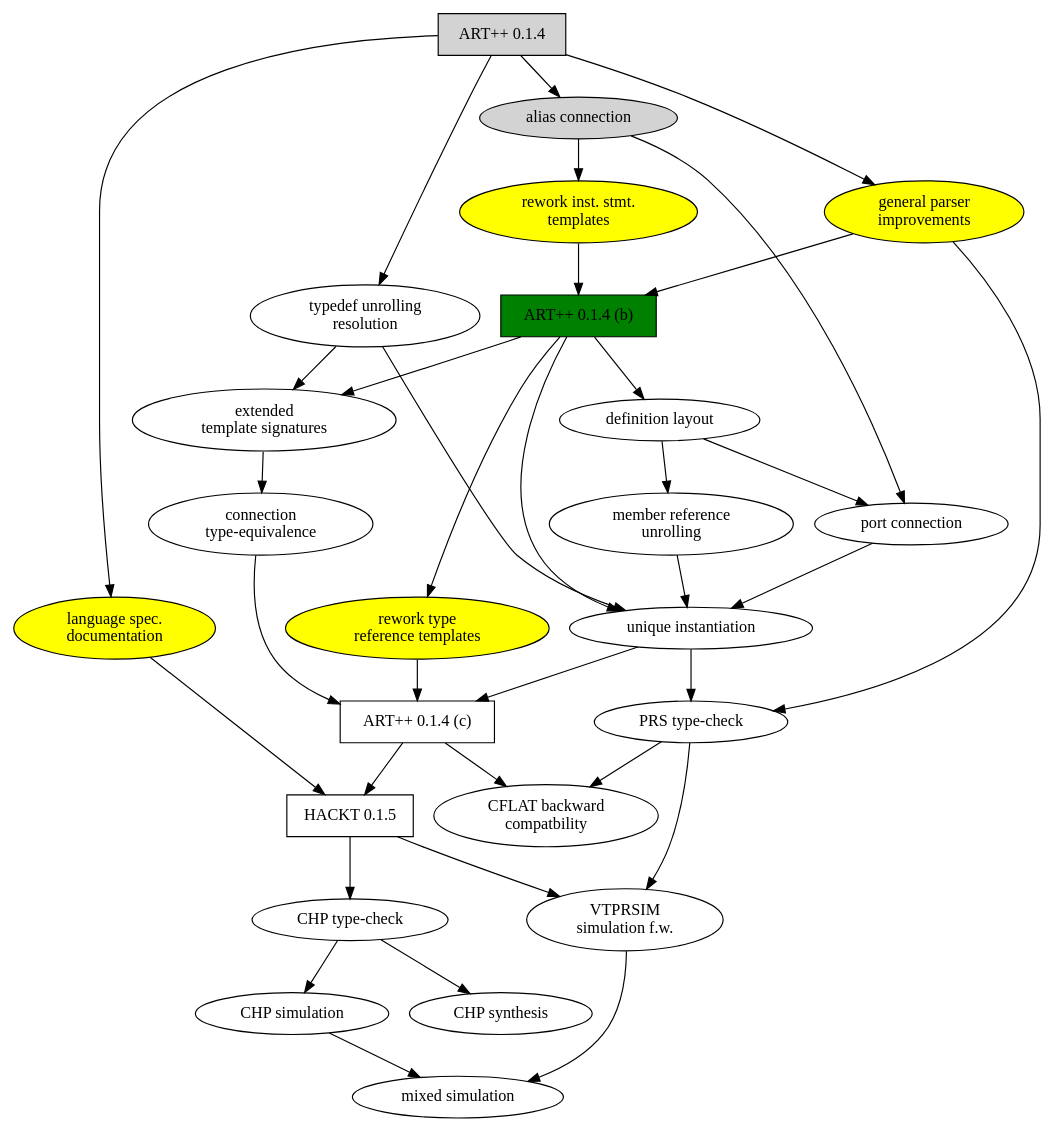
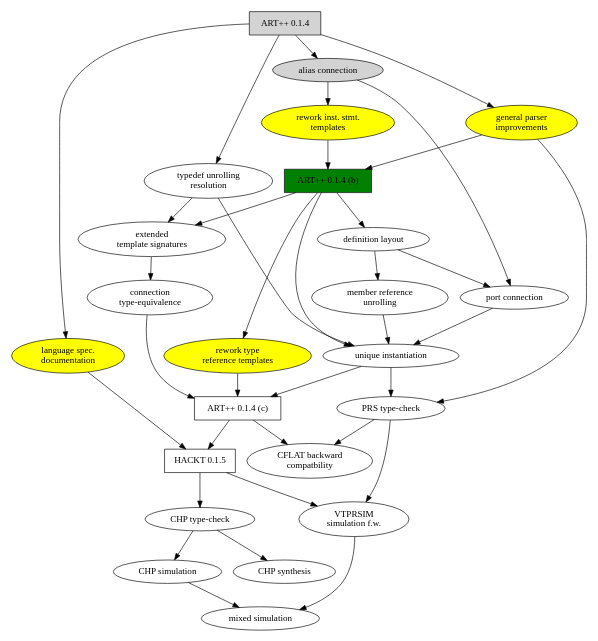
Before and after one commit to fangism/hackt: the diagram in DevelopmentPlan.dot, drawn with Graphviz.

Commit message:
drawing size, doh!

```diff
--- a/DevelopmentPlan.dot
+++ b/DevelopmentPlan.dot
@@ -1,74 +1,75 @@
 # "DevelopmentPlan.dot"
 
 digraph G {
+size="7,10";
 
 ARTXX_00_01_04		[shape=box, style=filled, label="ART++ 0.1.4"];
 ARTXX_00_01_04_b	[shape=box, style=filled, fillcolor=green, 
 				label="ART++ 0.1.4 (b)"];
 ARTXX_00_01_04_c	[shape=box, label="ART++ 0.1.4 (c)"];
 ARTXX_00_01_05		[shape=box, label="HACKT 0.1.5"];
 
 DOCS_00_01_04		[shape=ellipse, style=filled, fillcolor=yellow, 
 				label="language spec.\ndocumentation"];
 PARSER_00_01_04		[shape=ellipse, style=filled, fillcolor=yellow,
 				label="general parser\nimprovements"];
 UNIQUE_00_01_04		[shape=ellipse, label="unique instantiation"];
 ALIAS_00_01_04		[shape=ellipse, style=filled, label="alias connection"];
 PORT_00_01_04		[shape=ellipse, label="port connection"];
 MEMBER_00_01_04		[shape=ellipse, label="member reference\nunrolling"];
 TYPEDEF_00_01_04	[shape=ellipse, label="typedef unrolling\nresolution"];
 DEFLAYOUT_00_01_04	[shape=ellipse, label="definition layout"];
 INSTSTMT_00_01_04	[shape=ellipse, style=filled, fillcolor=yellow,
 				label="rework inst. stmt.\ntemplates"];
 TYPEREF_00_01_04	[shape=ellipse, style=filled, fillcolor=yellow,
 				label="rework type\nreference templates"];
 EXTTEMPLATE_00_01_04	[shape=ellipse, label="extended\ntemplate signatures"];
 CONNECTEQ_00_01_04	[shape=ellipse, label="connection\ntype-equivalence"];
 CFLAT_00_01_04		[shape=ellipse, label="CFLAT backward\ncompatbility"];
 PRS_00_01_04		[shape=ellipse, label="PRS type-check"];
 
 ARTXX_00_01_04 -> DOCS_00_01_04;
 ARTXX_00_01_04 -> PARSER_00_01_04;
 ARTXX_00_01_04 -> ALIAS_00_01_04;
 PARSER_00_01_04 -> ARTXX_00_01_04_b;
 ALIAS_00_01_04 -> PORT_00_01_04;
 PORT_00_01_04 -> UNIQUE_00_01_04;
 MEMBER_00_01_04 -> UNIQUE_00_01_04;
 UNIQUE_00_01_04 -> ARTXX_00_01_04_c;
 ARTXX_00_01_04_b -> DEFLAYOUT_00_01_04;
 EXTTEMPLATE_00_01_04 -> CONNECTEQ_00_01_04;
 ARTXX_00_01_04 -> TYPEDEF_00_01_04;
 DEFLAYOUT_00_01_04 -> MEMBER_00_01_04;
 DEFLAYOUT_00_01_04 -> PORT_00_01_04;
 ALIAS_00_01_04 -> INSTSTMT_00_01_04;
 INSTSTMT_00_01_04 -> ARTXX_00_01_04_b;
 ARTXX_00_01_04_b -> EXTTEMPLATE_00_01_04;
 ARTXX_00_01_04_b -> TYPEREF_00_01_04;
 TYPEREF_00_01_04 -> ARTXX_00_01_04_c;
 TYPEDEF_00_01_04 -> UNIQUE_00_01_04;
 TYPEDEF_00_01_04 -> EXTTEMPLATE_00_01_04;
 ARTXX_00_01_04_b -> UNIQUE_00_01_04;
 PARSER_00_01_04 -> PRS_00_01_04;
 UNIQUE_00_01_04 -> PRS_00_01_04;
 
 ARTXX_00_01_04_c -> ARTXX_00_01_05;
 PRS_00_01_04 -> CFLAT_00_01_04;
 ARTXX_00_01_04_c -> CFLAT_00_01_04;
 CONNECTEQ_00_01_04 -> ARTXX_00_01_04_c;
 DOCS_00_01_04 -> ARTXX_00_01_05;
 
 CHP_00_01_05		[shape=ellipse, label="CHP type-check"];
 CHPSYNTH_00_01_05	[shape=ellipse, label="CHP synthesis"];
 CHPSIM_00_01_05		[shape=ellipse, label="CHP simulation"];
 VTPRSIM_00_01_05	[shape=ellipse, label="VTPRSIM\nsimulation f.w."];
 MIXSIM_00_01_05		[shape=ellipse, label="mixed simulation"];
 
 ARTXX_00_01_05 -> CHP_00_01_05;
 CHP_00_01_05 -> CHPSYNTH_00_01_05;
 CHP_00_01_05 -> CHPSIM_00_01_05;
 PRS_00_01_04 -> VTPRSIM_00_01_05;
 ARTXX_00_01_05 -> VTPRSIM_00_01_05;
 VTPRSIM_00_01_05 -> MIXSIM_00_01_05;
 CHPSIM_00_01_05 -> MIXSIM_00_01_05;
 
 }
```
